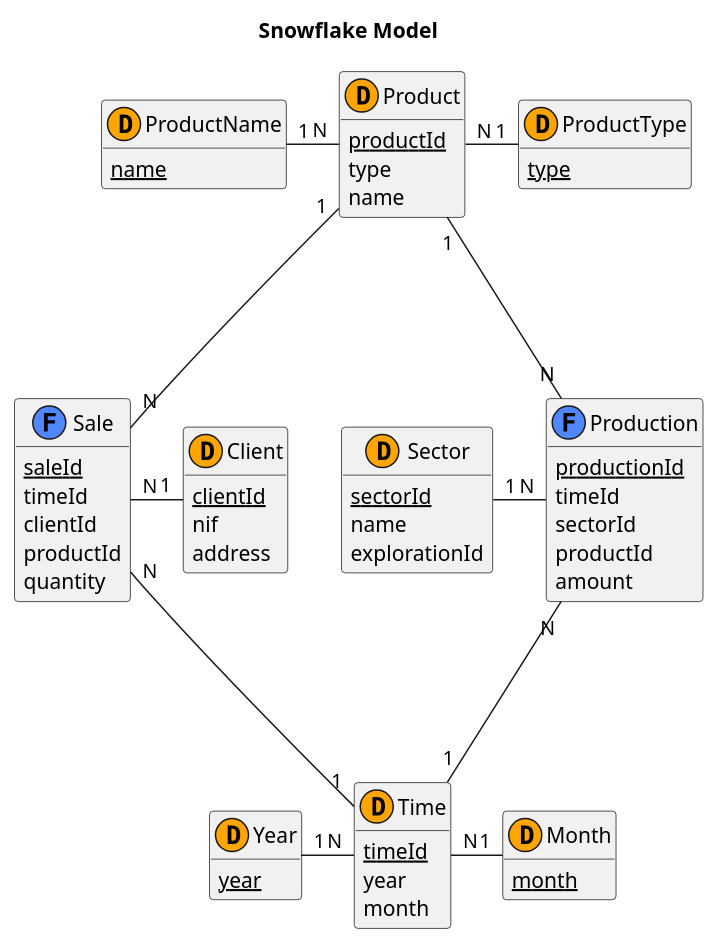
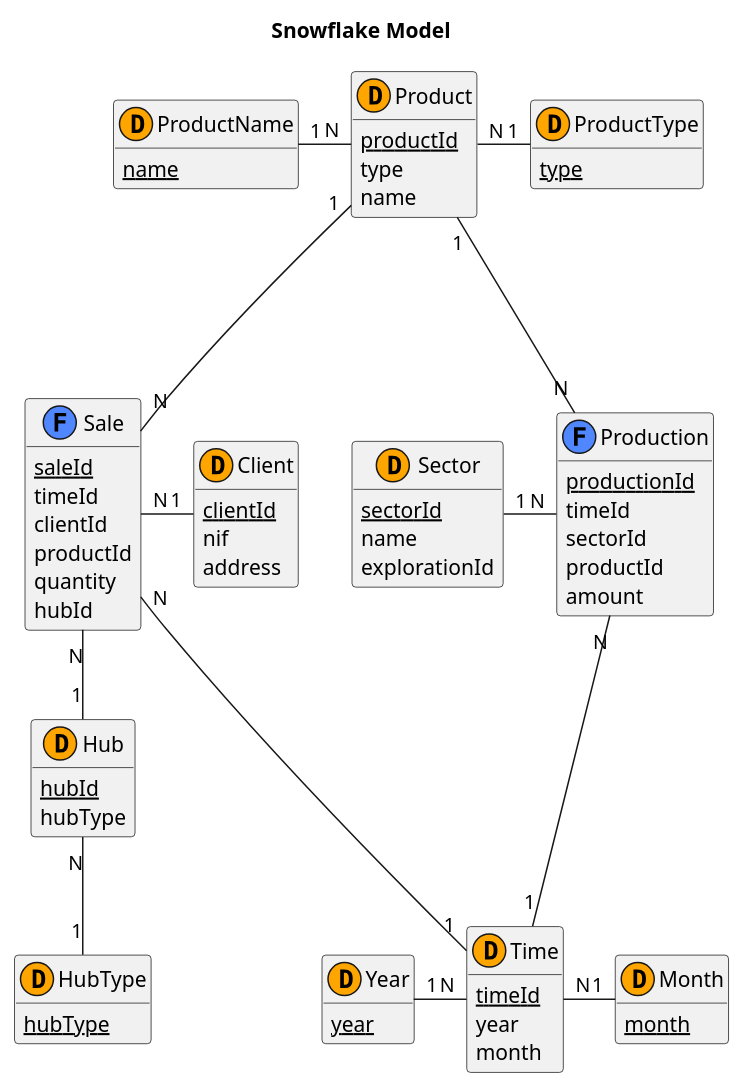
Before and after one commit to Barbatos-Rex/LAPR3_22_23: the diagram in sql/docs/US214/Snowflake Model.puml, drawn with PlantUML. The commit also changed 4 other files, not shown here.

```diff
--- a/sql/docs/US214/Snowflake Model.puml
+++ b/sql/docs/US214/Snowflake Model.puml
@@ -1,82 +1,96 @@
 @startuml
 title "Snowflake Model"
 
 skinparam linetype pol
 
 hide methods
+
+class Hub <<(D,#FFA500)>>{
+    {static} hubId
+    hubType
+}
+
+class HubType<<(D,#FFA500)>>{
+    {static} hubType
+}
+
 
 class Production <<(F,#5087FF)>>{
     {static}productionId
     timeId
     sectorId
     productId
     amount
 }
 
 class Sale <<(F,#5087FF)>>{
     {static} saleId
     timeId
     clientId
     productId
     quantity
+    hubId
 }
 
 
 
 class Time <<(D,#FFA500)>>{
     {static}timeId
     year
     month
 }
 
 class Year<<(D,#FFA500)>>{
     {static} year
 }
 class Month<<(D,#FFA500)>>{
     {static} month
 }
 
 
 class Client<<(D,#FFA500)>>{
     {static} clientId
     nif
     address
 }
 class Product<<(D,#FFA500)>>{
     {static} productId
     type
     name
 }
 
 class ProductName<<(D,#FFA500)>>{
     {static} name
 }
 
 class ProductType<<(D,#FFA500)>>{
     {static} type
 }
 
 class Sector<<(D,#FFA500)>>{
     {static}sectorId
     name
     explorationId
 }
 
 Production "N" -down-- "1" Time
 Sale "N" -down-- "1" Time
 Sale "N" -up-- "1" Product
 Production "N" -up-- "1" Product
 
 Sale "N" -right "1" Client
 Production "N" -left "1" Sector
 
 Time "N" -left "1" Year
 Time "N" -right "1" Month
 
 Product "N" -left "1" ProductName
 Product "N" -right "1" ProductType
 
+Hub "N" -- "1" HubType
+Sale "N" -- "1" Hub
+
 
 
 
 @enduml
```
